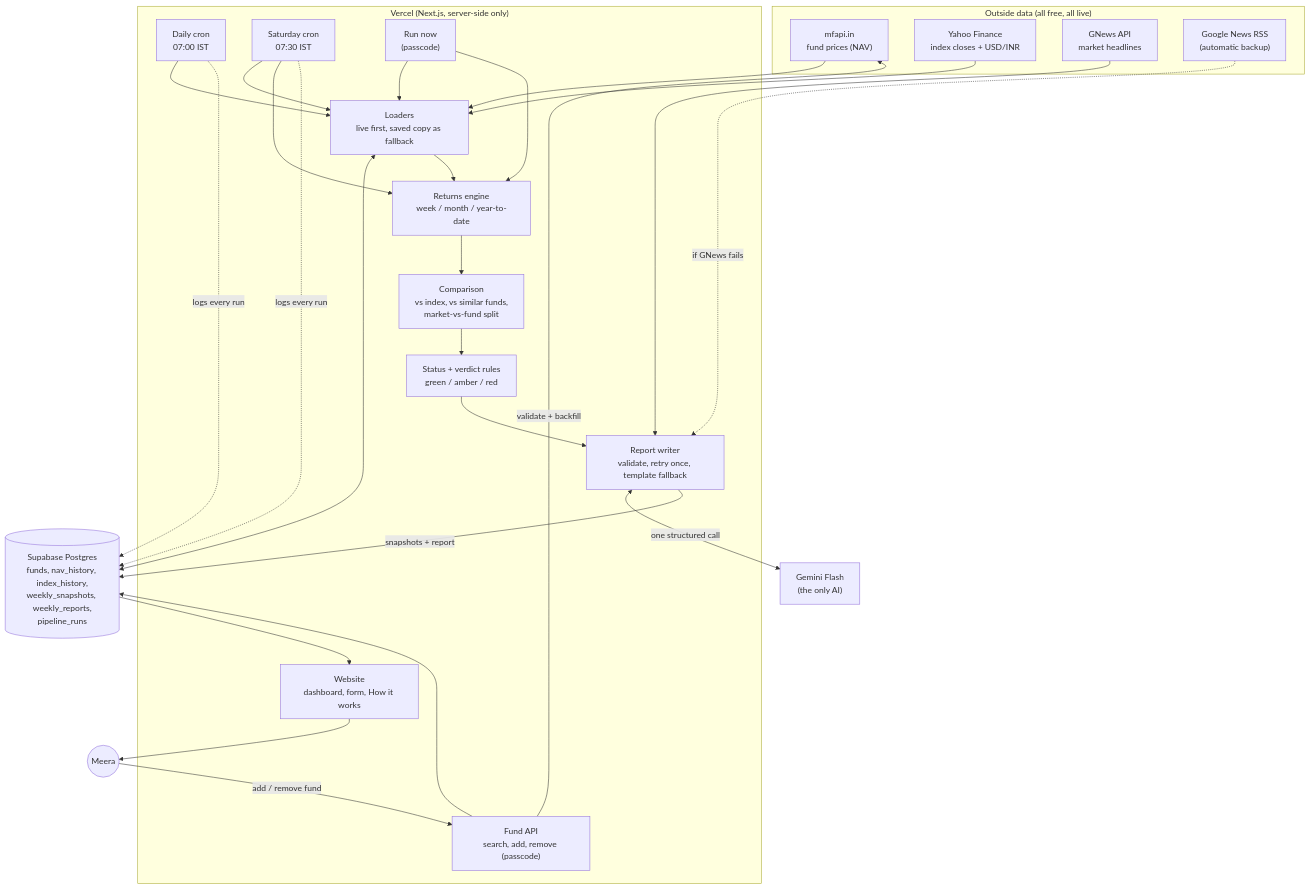
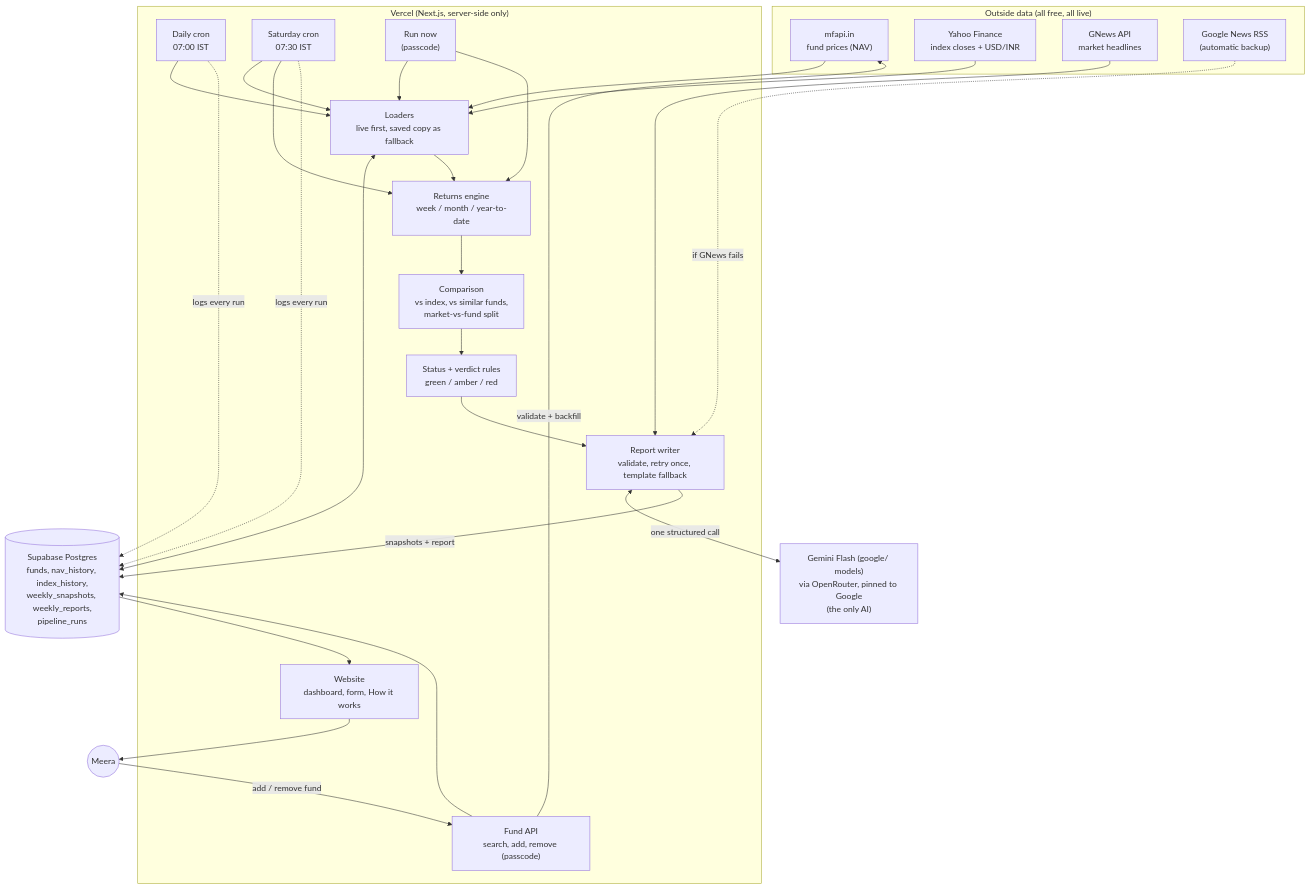
One commit to amlanmahapatra-bit/meera-mf-tracker changed the diagram in docs/COMPONENTS_MAP.md. Above: the diagram before and after it, drawn with Mermaid. The commit also changed other lines of this file and 15 other files, not shown here.

First line of the commit message:
Switch AI access to OpenRouter (google/ Gemini Flash only) and tighten report checks

````diff
--- a/docs/COMPONENTS_MAP.md
+++ b/docs/COMPONENTS_MAP.md
@@ -8,46 +8,46 @@
 ```mermaid
 flowchart TB
   subgraph EXT["Outside data (all free, all live)"]
     MF["mfapi.in<br/>fund prices (NAV)"]
     YF["Yahoo Finance<br/>index closes + USD/INR"]
     GN["GNews API<br/>market headlines"]
     RSS["Google News RSS<br/>(automatic backup)"]
   end
 
   subgraph VERCEL["Vercel (Next.js, server-side only)"]
     CRON1["Daily cron<br/>07:00 IST"]
     CRON2["Saturday cron<br/>07:30 IST"]
     RUN["Run now<br/>(passcode)"]
     LOAD["Loaders<br/>live first, saved copy as fallback"]
     ENGINE["Returns engine<br/>week / month / year-to-date"]
     COMPARE["Comparison<br/>vs index, vs similar funds,<br/>market-vs-fund split"]
     STATUS["Status + verdict rules<br/>green / amber / red"]
     WRITER["Report writer<br/>validate, retry once, template fallback"]
     API["Fund API<br/>search, add, remove (passcode)"]
     PAGES["Website<br/>dashboard, form, How it works"]
   end
 
-  GEM["Gemini Flash<br/>(the only AI)"]
+  GEM["Gemini Flash (google/ models)<br/>via OpenRouter, pinned to Google<br/>(the only AI)"]
   DB[("Supabase Postgres<br/>funds, nav_history, index_history,<br/>weekly_snapshots, weekly_reports,<br/>pipeline_runs")]
   USER(("Meera"))
 
   CRON1 --> LOAD
   RUN --> LOAD
   CRON2 --> LOAD
   MF --> LOAD
   YF --> LOAD
   LOAD <--> DB
   CRON2 --> ENGINE
   RUN --> ENGINE
   LOAD --> ENGINE --> COMPARE --> STATUS
   GN --> WRITER
   RSS -.->|if GNews fails| WRITER
   STATUS --> WRITER
   WRITER <-->|"one structured call"| GEM
   WRITER -->|"snapshots + report"| DB
   CRON1 -. "logs every run" .-> DB
   CRON2 -. "logs every run" .-> DB
   DB --> PAGES --> USER
   USER -->|"add / remove fund"| API --> DB
   API -->|"validate + backfill"| MF
 ```
````
